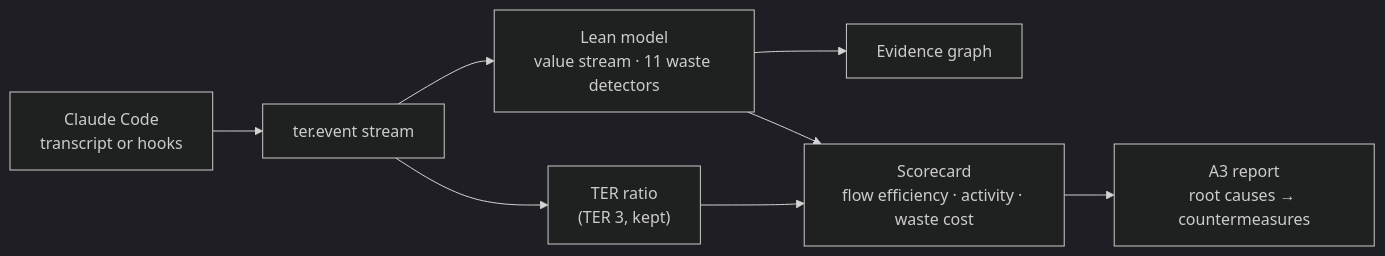
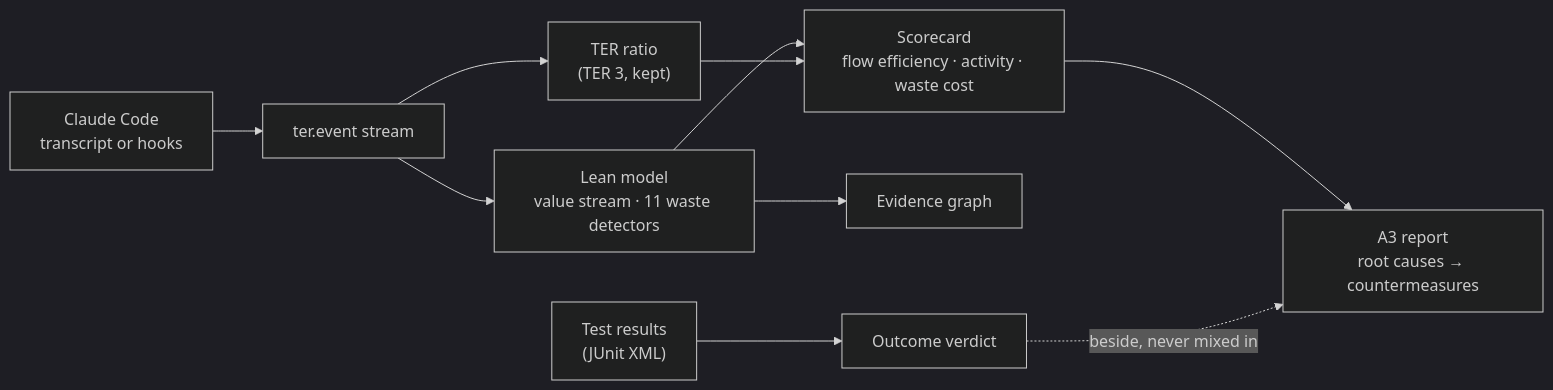
One commit to cplegendre/TER changed the diagram in README.md. Above: the diagram before and after it, drawn with Mermaid (dark theme). The commit also changed other lines of this file, not shown here.

First line of the commit message:
README: cover the hook recorder, corpus import, outcome verdict and capabilities

````diff
--- a/README.md
+++ b/README.md
@@ -22,10 +22,12 @@
 ```mermaid
 flowchart LR
     S["Claude Code<br/>transcript or hooks"] --> E["ter.event stream"]
     E --> T["TER ratio<br/>(TER 3, kept)"]
+    O["Test results<br/>(JUnit XML)"] --> V["Outcome verdict"]
     E --> L["Lean model<br/>value stream · 11 waste detectors"]
     L --> G["Evidence graph"]
     L --> SC["Scorecard<br/>flow efficiency · activity · waste cost"]
     T --> SC
     SC --> A3["A3 report<br/>root causes → countermeasures"]
+    V -. beside, never mixed in .-> A3
 ```
````
